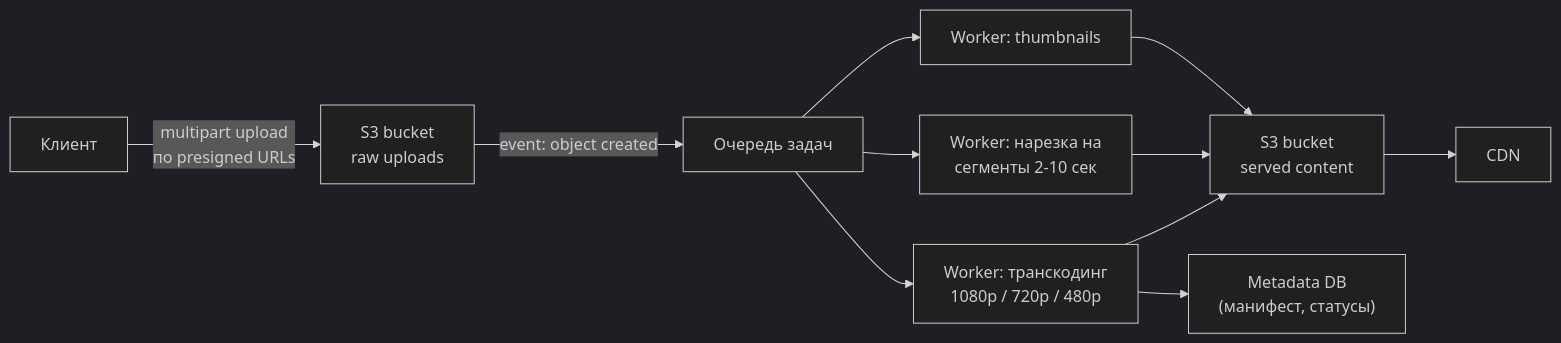
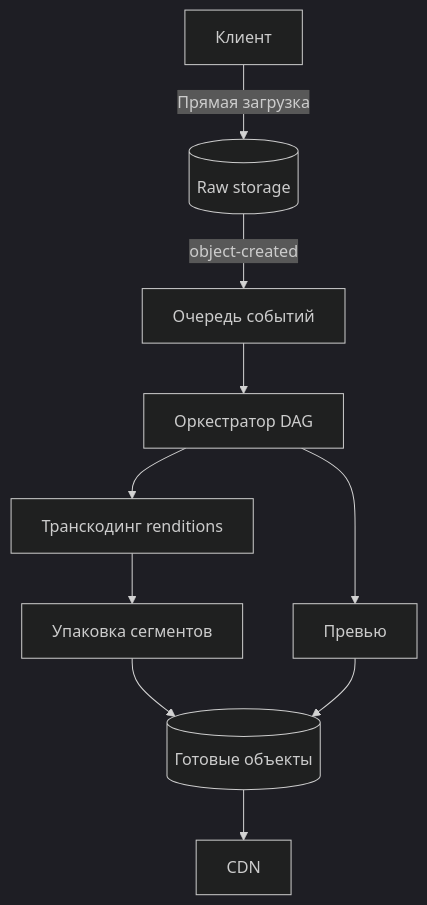
One commit to AlohaJava/system-design-interview-chamkin changed the third of 5 diagrams in 01-building-blocks/cdn-and-blob-storage.md. Above: the diagram before and after it, drawn with Mermaid (dark theme). The commit also changed other lines of this file and 49 other files, not shown here.

````diff
--- a/01-building-blocks/cdn-and-blob-storage.md
+++ b/01-building-blocks/cdn-and-blob-storage.md
@@ -178,11 +199,12 @@
 ```mermaid
-flowchart LR
-    U["Клиент"] -->|"multipart upload<br/>по presigned URLs"| Raw["S3 bucket<br/>raw uploads"]
-    Raw -->|"event: object created"| Q["Очередь задач"]
-    Q --> W1["Worker: транскодинг<br/>1080p / 720p / 480p"]
-    Q --> W2["Worker: нарезка на<br/>сегменты 2-10 сек"]
-    Q --> W3["Worker: thumbnails"]
-    W1 & W2 & W3 --> Out["S3 bucket<br/>served content"]
-    Out --> CDN["CDN"]
-    W1 --> MDB["Metadata DB<br/>(манифест, статусы)"]
+flowchart TB
+    U["Клиент"] -->|"Прямая загрузка"| Raw[("Raw storage")]
+    Raw -->|"object-created"| Q["Очередь событий"]
+    Q --> O["Оркестратор DAG"]
+    O --> T["Транскодинг renditions"]
+    O --> P["Превью"]
+    T --> S["Упаковка сегментов"]
+    S --> Out[("Готовые объекты")]
+    P --> Out
+    Out --> C["CDN"]
 ```
````
